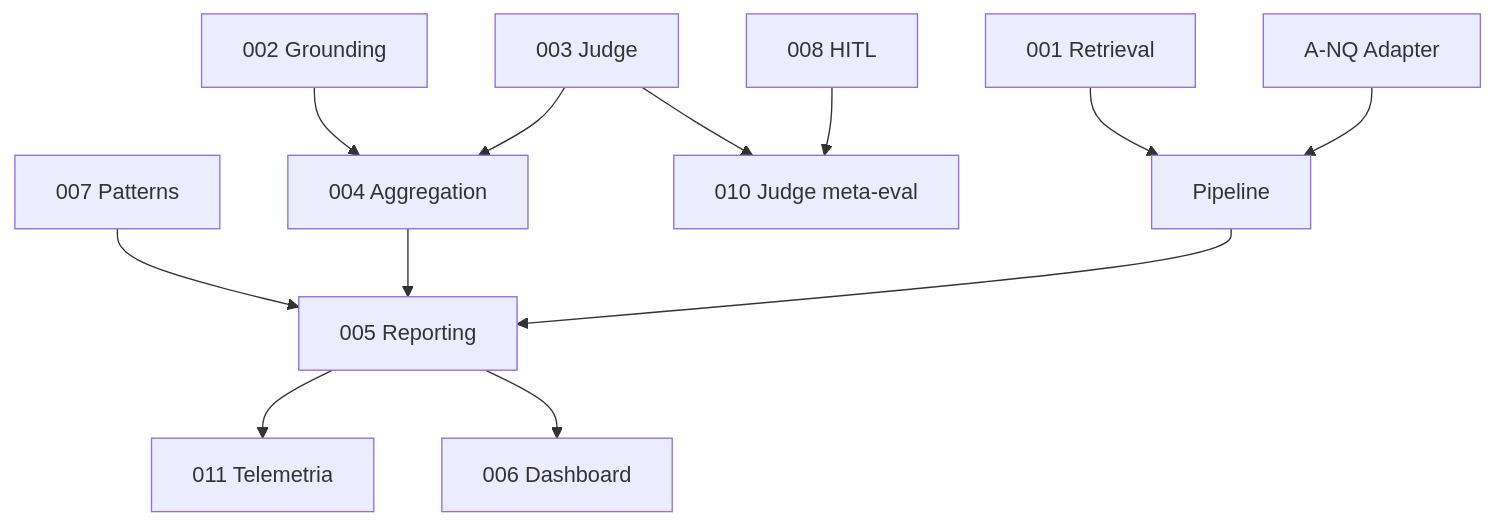
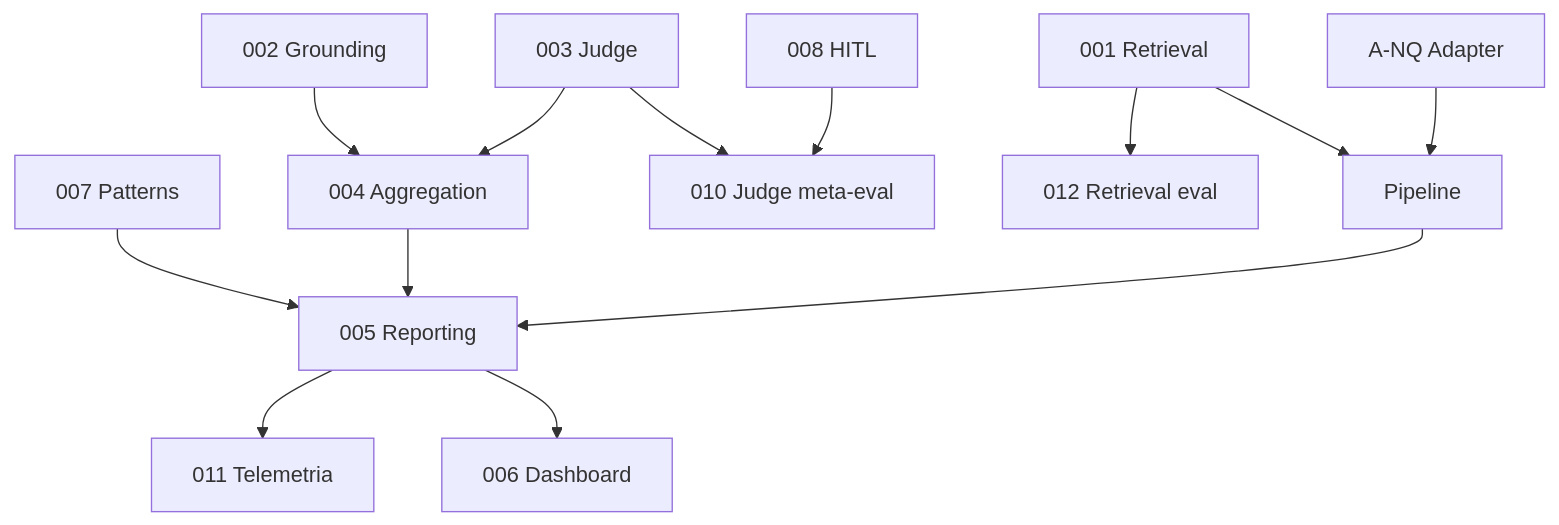
One commit to karysoares/rag-eval-harness changed the diagram in docs/specs/README.md. Above: the diagram before and after it, drawn with Mermaid. The commit also changed other lines of this file and 11 other files, not shown here.

````diff
--- a/docs/specs/README.md
+++ b/docs/specs/README.md
@@ -41,14 +42,15 @@
 ```mermaid
 flowchart TB
   A001[001 Retrieval] --> Pipeline
   A002[002 Grounding] --> A004[004 Aggregation]
   A003[003 Judge] --> A004
   A003 --> A010[010 Judge meta-eval]
   A008[008 HITL] --> A010
   A005 --> A011[011 Telemetria]
+  A001 --> A012[012 Retrieval eval]
   A007[007 Patterns] --> A005[005 Reporting]
   A005 --> A006[006 Dashboard]
   A004 --> A005
   ANQ[A-NQ Adapter] --> Pipeline
   Pipeline --> A005
 ```
````
